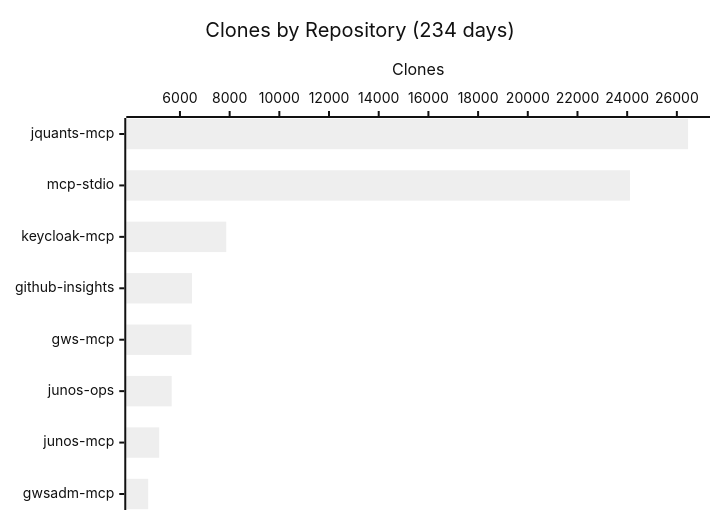
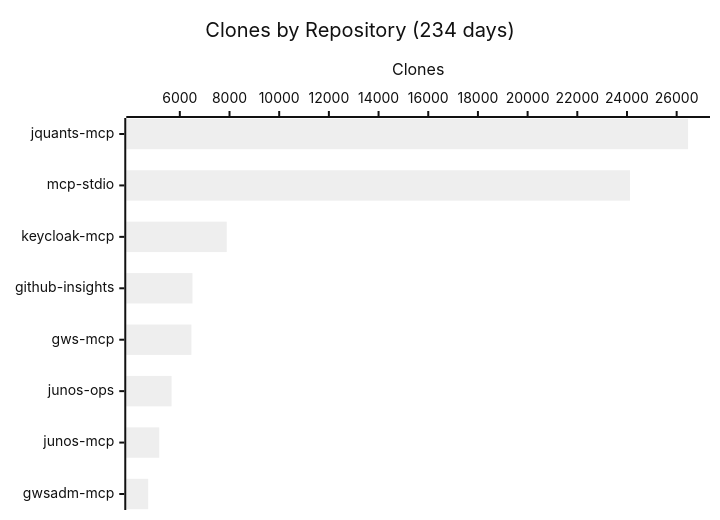
One commit to shigechika/github-insights changed the fourth of 4 diagrams in README.md. Above: the diagram before and after it, drawn with Mermaid (neutral theme). The commit also changed other lines of this file and 1 other file, not shown here.

````diff
--- a/README.md
+++ b/README.md
@@ -58,7 +58,7 @@
 ```mermaid
 xychart-beta horizontal
     title "Clones by Repository (234 days)"
     x-axis ["jquants-mcp", "mcp-stdio", "keycloak-mcp", "github-insights", "gws-mcp", "junos-ops", "junos-mcp", "gwsadm-mcp"]
     y-axis "Clones"
-    bar [26451, 24112, 7863, 6485, 6463, 5668, 5165, 4722]
+    bar [26459, 24122, 7888, 6509, 6466, 5668, 5171, 4727]
 ```
````
